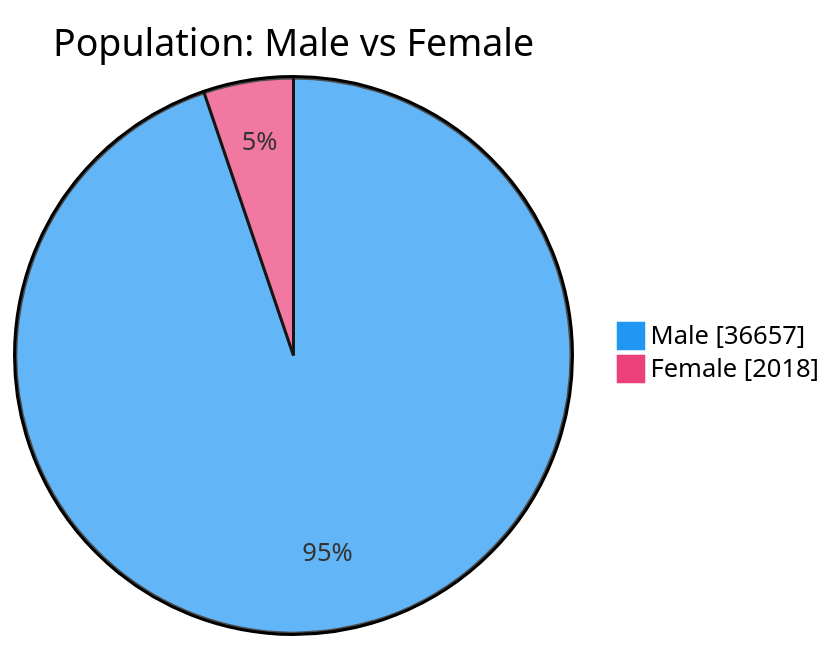
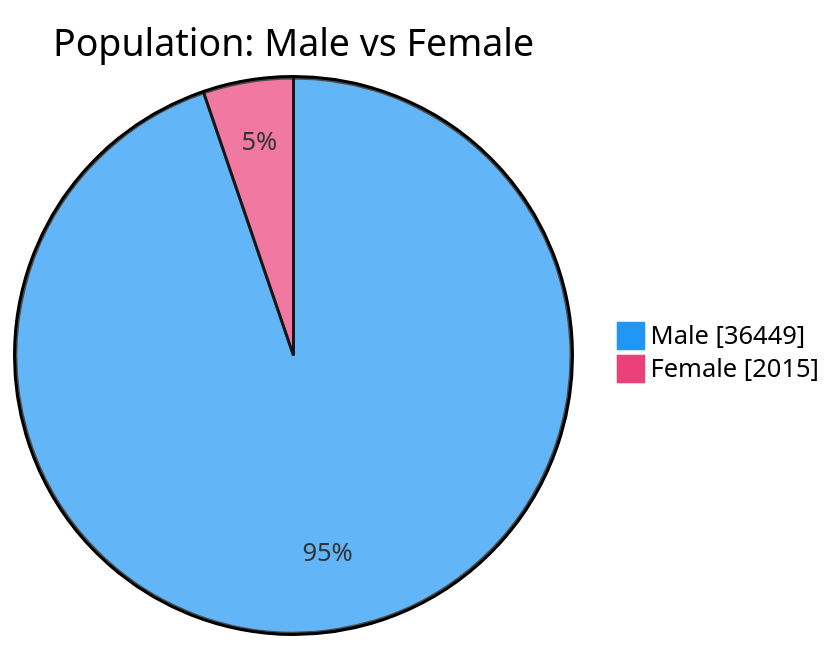
The second of 7 diagrams in README.md (nuuuwan/lk_prisons), drawn with Mermaid before and after one commit. The commit also changed other lines of this file and 1 other file, not shown here.

````diff
--- a/README.md
+++ b/README.md
@@ -54,6 +54,6 @@
 ```mermaid
 %%{init: {'themeVariables': {'pie1': '#2196F3', 'pie2': '#EC407A'}}}%%
 pie showData title Population: Male vs Female
-    "Male" : 36657
-    "Female" : 2018
+    "Male" : 36449
+    "Female" : 2015
 ```
````
